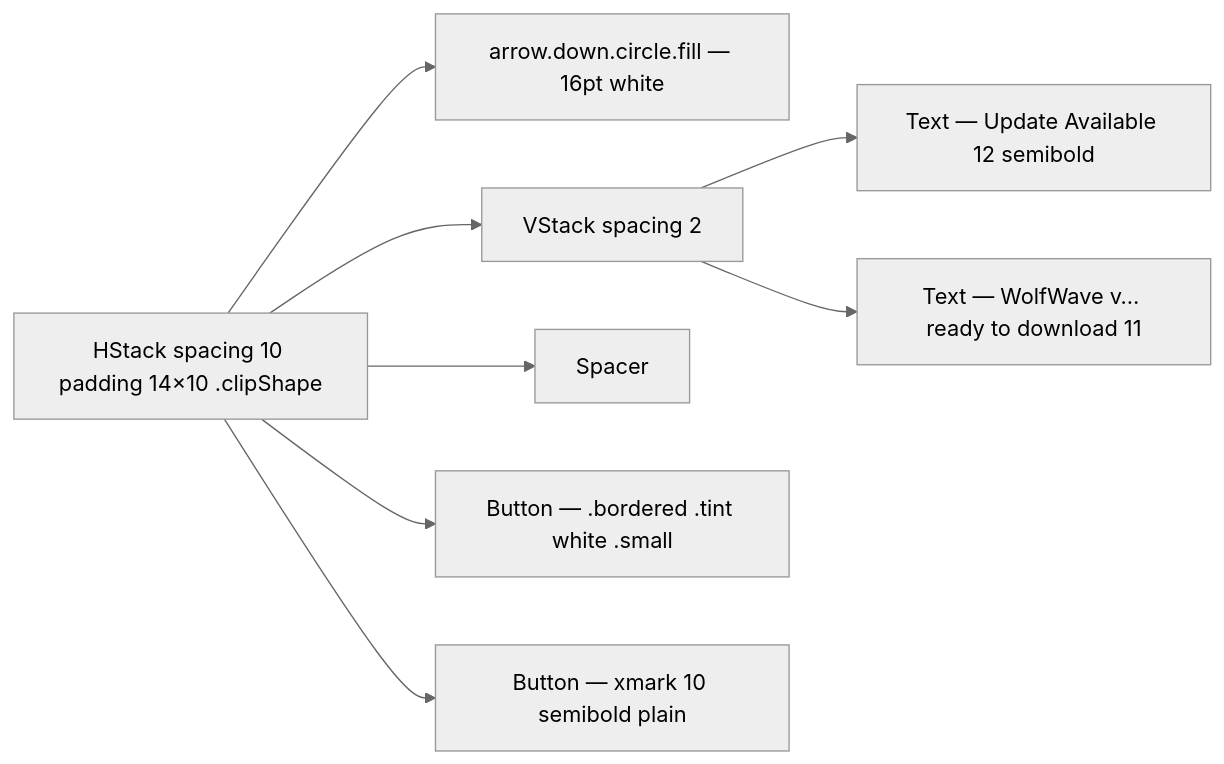
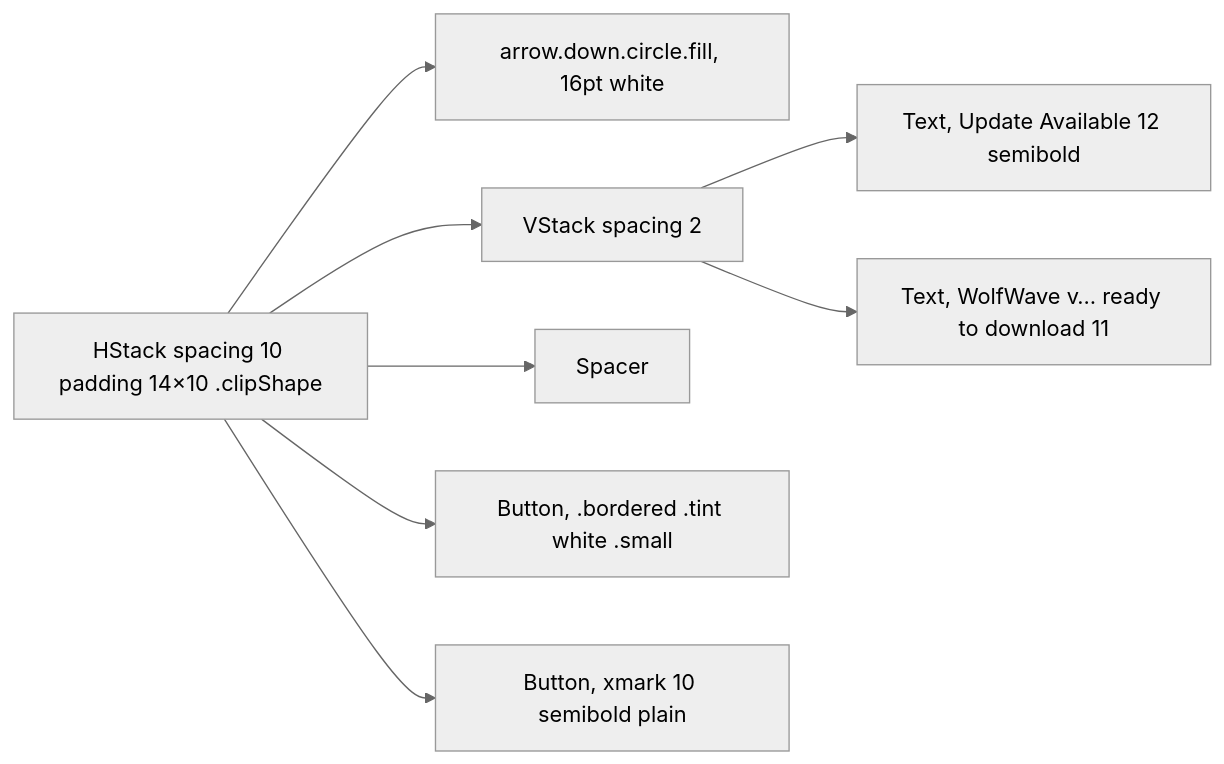
Before and after one commit to MrDemonWolf/WolfWave: the diagram in design-system/components/update-banner-view.md, drawn with Mermaid (neutral theme). The commit also changed other lines of this file and 152 other files, not shown here.

````diff
--- a/design-system/components/update-banner-view.md
+++ b/design-system/components/update-banner-view.md
@@ -48,10 +48,10 @@
 ```mermaid
 graph LR
-  Banner[HStack spacing 10 padding 14×10 .clipShape] --> Icon[arrow.down.circle.fill — 16pt white]
+  Banner[HStack spacing 10 padding 14×10 .clipShape] --> Icon[arrow.down.circle.fill, 16pt white]
   Banner --> Text[VStack spacing 2]
-  Text --> Title[Text — Update Available 12 semibold]
-  Text --> Body[Text — WolfWave v… ready to download 11]
+  Text --> Title[Text, Update Available 12 semibold]
+  Text --> Body[Text, WolfWave v… ready to download 11]
   Banner --> Spacer
-  Banner --> Download[Button — .bordered .tint white .small]
-  Banner --> Dismiss[Button — xmark 10 semibold plain]
+  Banner --> Download[Button, .bordered .tint white .small]
+  Banner --> Dismiss[Button, xmark 10 semibold plain]
 ```
````
